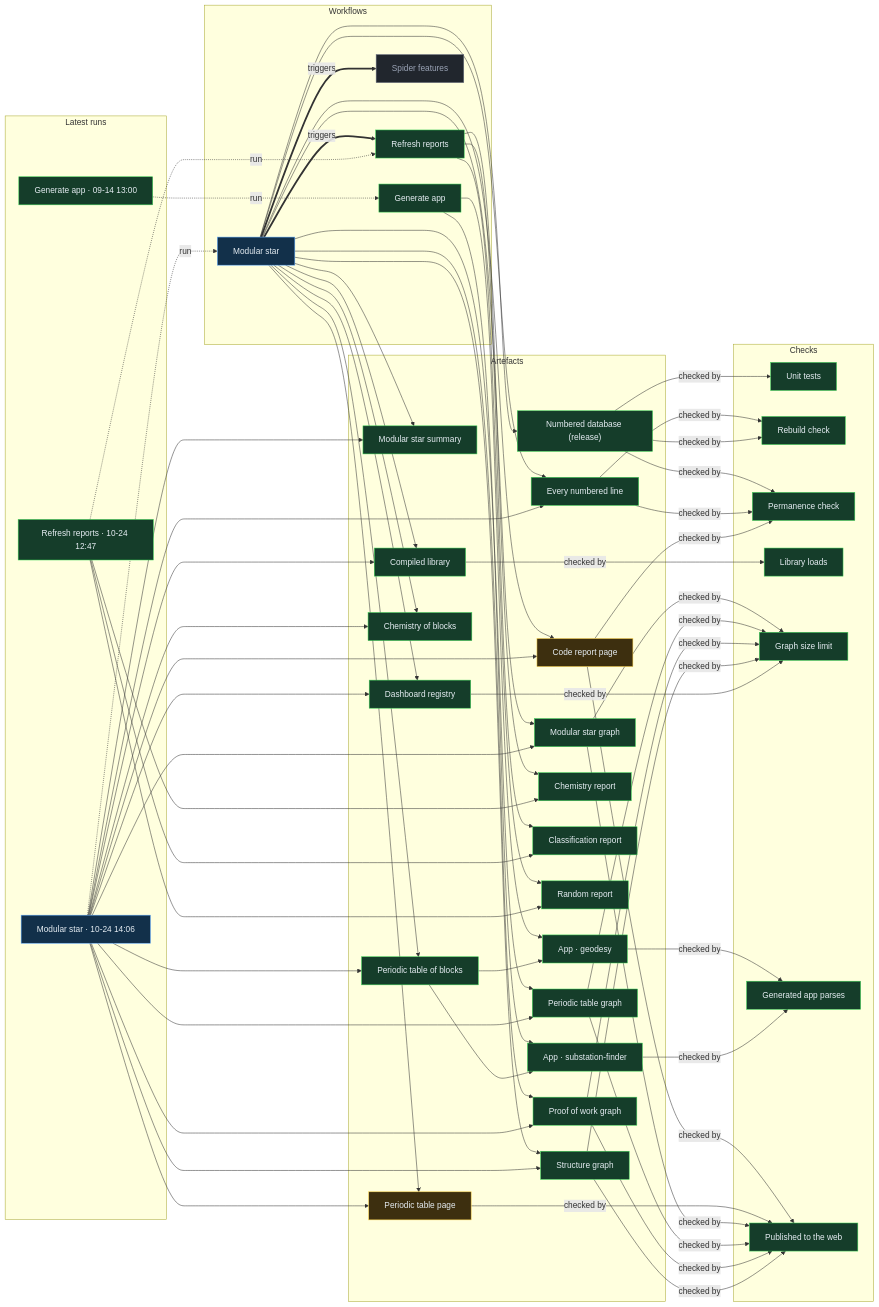
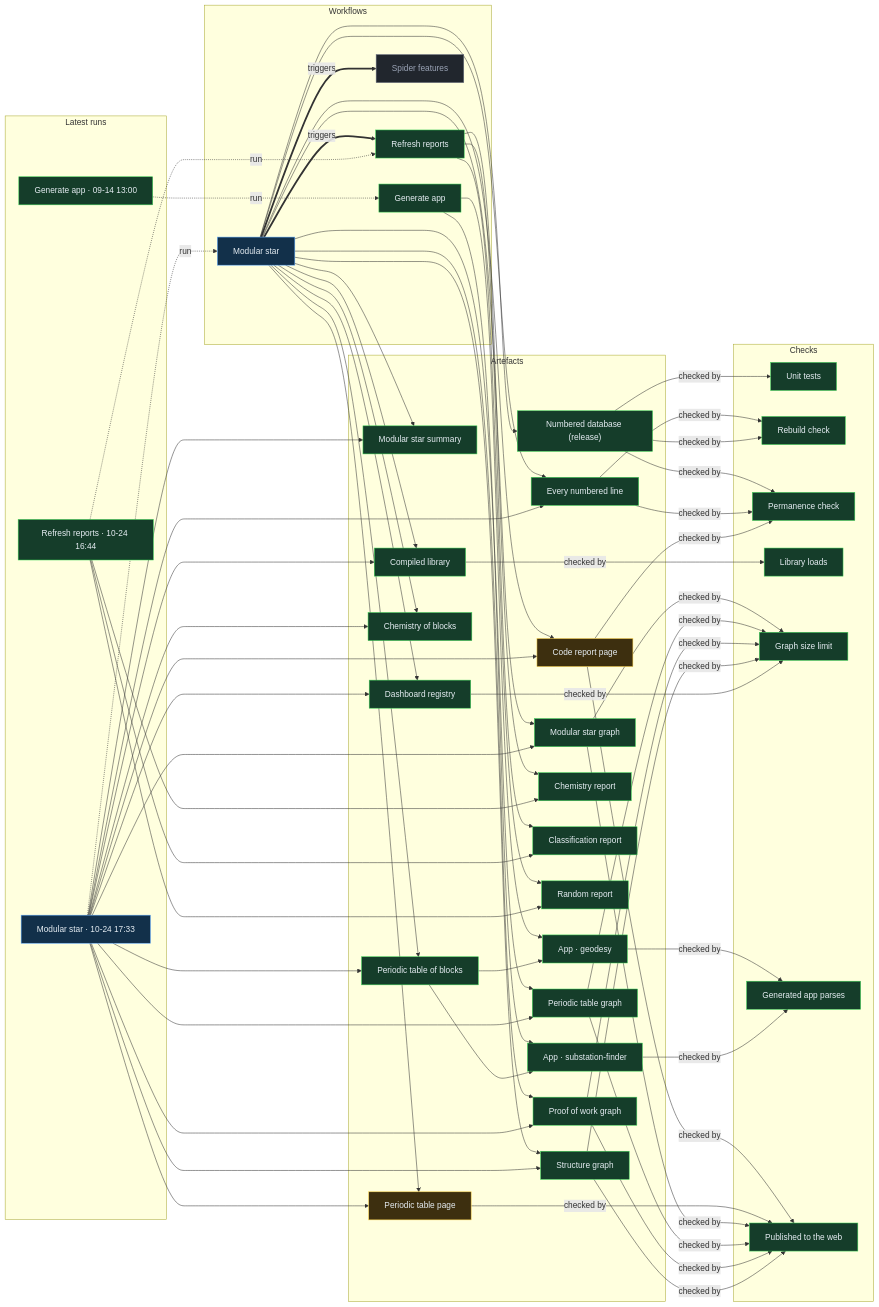
Before and after one commit to Ventusltd/stars: the diagram in proof/PROOF.md, drawn with Mermaid. The commit also changed other lines of this file and 44 other files, not shown here.

Commit message:
Modular star 2026-10-24T17:36Z

```diff
--- a/proof/PROOF.md
+++ b/proof/PROOF.md
@@ -24,8 +24,8 @@
   n_wf_spider_features["Spider features"]:::off
   end
   subgraph g_runs["Latest runs"]
-  n_run_40101009162["Modular star · 10-24 14:06"]:::live
-  n_run_40095410269["Refresh reports · 10-24 12:47"]:::ok
+  n_run_40116665277["Modular star · 10-24 17:33"]:::live
+  n_run_40112945317["Refresh reports · 10-24 16:44"]:::ok
   n_run_34846587798["Generate app · 09-14 13:00"]:::ok
   end
   subgraph g_artefacts["Artefacts"]
@@ -59,39 +59,39 @@
   end
   n_wf_modular_star == triggers ==> n_wf_refresh
   n_wf_modular_star == triggers ==> n_wf_spider_features
-  n_run_40101009162 -. run .-> n_wf_modular_star
-  n_run_40095410269 -. run .-> n_wf_refresh
+  n_run_40116665277 -. run .-> n_wf_modular_star
+  n_run_40112945317 -. run .-> n_wf_refresh
   n_run_34846587798 -. run .-> n_wf_generate
   n_wf_modular_star --> n_art_summary
-  n_run_40101009162 --> n_art_summary
+  n_run_40116665277 --> n_art_summary
   n_wf_modular_star --> n_art_lines
-  n_run_40101009162 --> n_art_lines
+  n_run_40116665277 --> n_art_lines
   n_wf_modular_star --> n_art_code
-  n_run_40101009162 --> n_art_code
+  n_run_40116665277 --> n_art_code
   n_wf_modular_star --> n_art_modular_graph
-  n_run_40101009162 --> n_art_modular_graph
+  n_run_40116665277 --> n_art_modular_graph
   n_wf_modular_star --> n_art_blocks
-  n_run_40101009162 --> n_art_blocks
+  n_run_40116665277 --> n_art_blocks
   n_wf_modular_star --> n_art_table
-  n_run_40101009162 --> n_art_table
+  n_run_40116665277 --> n_art_table
   n_wf_modular_star --> n_art_blocks_graph
-  n_run_40101009162 --> n_art_blocks_graph
+  n_run_40116665277 --> n_art_blocks_graph
   n_wf_modular_star --> n_art_reactions
-  n_run_40101009162 --> n_art_reactions
+  n_run_40116665277 --> n_art_reactions
   n_wf_modular_star --> n_art_library
-  n_run_40101009162 --> n_art_library
+  n_run_40116665277 --> n_art_library
   n_wf_modular_star --> n_art_features
-  n_run_40101009162 --> n_art_features
+  n_run_40116665277 --> n_art_features
   n_wf_modular_star --> n_art_proof
-  n_run_40101009162 --> n_art_proof
+  n_run_40116665277 --> n_art_proof
   n_wf_modular_star --> n_art_structure
-  n_run_40101009162 --> n_art_structure
+  n_run_40116665277 --> n_art_structure
   n_wf_refresh --> n_art_chemistry
-  n_run_40095410269 --> n_art_chemistry
+  n_run_40112945317 --> n_art_chemistry
   n_wf_refresh --> n_art_vedic
-  n_run_40095410269 --> n_art_vedic
+  n_run_40112945317 --> n_art_vedic
   n_wf_refresh --> n_art_random
-  n_run_40095410269 --> n_art_random
+  n_run_40112945317 --> n_art_random
   n_wf_modular_star --> n_art_release
   n_wf_generate --> n_app_geodesy
   n_art_blocks --> n_app_geodesy
```
